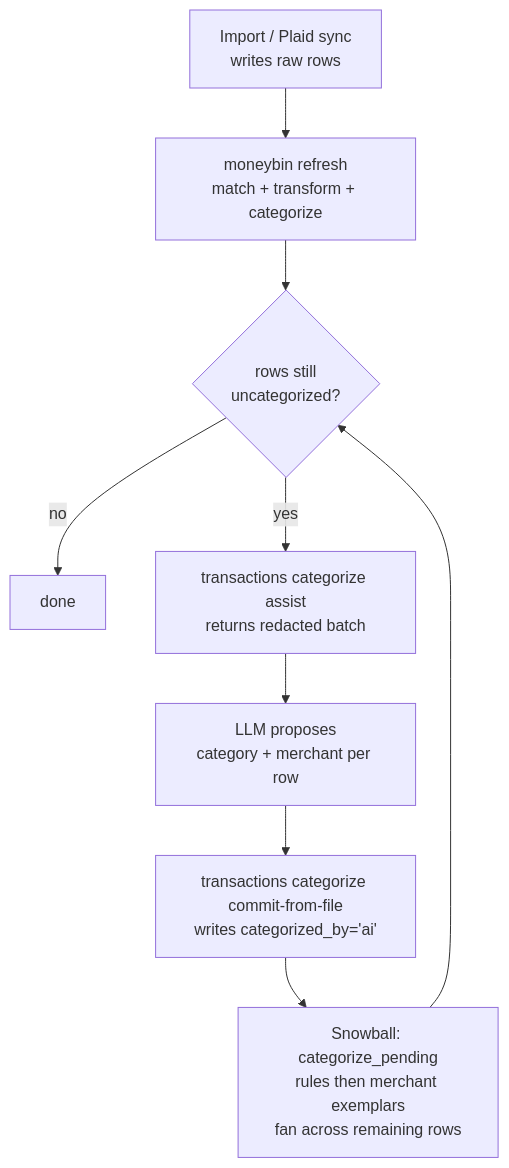
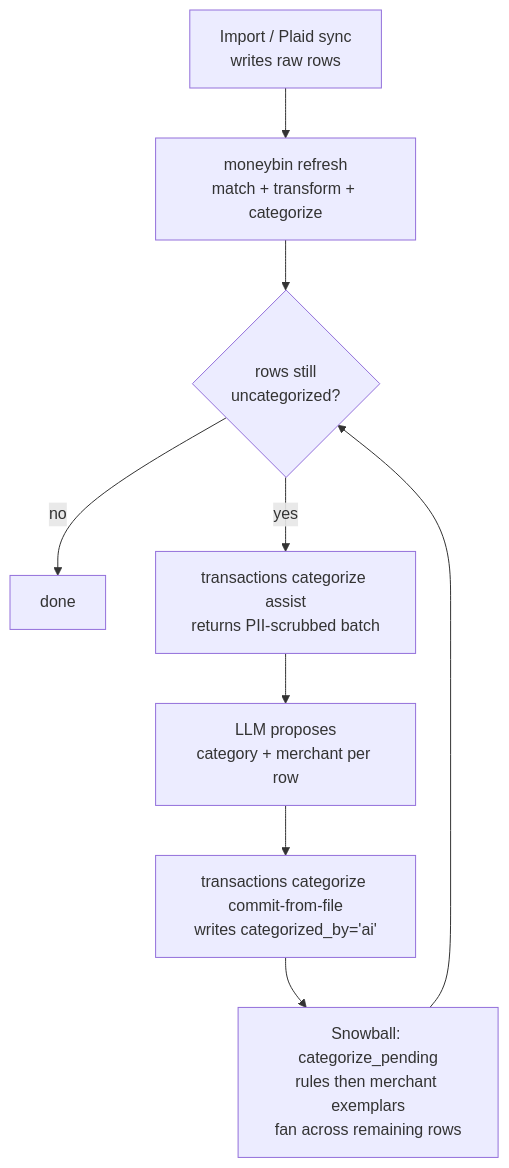
Before and after one commit to bsaffel/moneybin: the diagram in docs/guides/categorization.md, drawn with Mermaid. The commit also changed other lines of this file and 36 other files, not shown here.

````diff
--- a/docs/guides/categorization.md
+++ b/docs/guides/categorization.md
@@ -42,11 +42,11 @@
 ```mermaid
 flowchart TD
     A[Import / Plaid sync<br/>writes raw rows] --> B[moneybin refresh<br/>match + transform + categorize]
     B --> C{rows still<br/>uncategorized?}
     C -->|no| END[done]
-    C -->|yes| D[transactions categorize assist<br/>returns redacted batch]
+    C -->|yes| D[transactions categorize assist<br/>returns PII-scrubbed batch]
     D --> E[LLM proposes<br/>category + merchant per row]
     E --> F[transactions categorize commit-from-file<br/>writes categorized_by='ai']
     F --> G[Snowball: categorize_pending<br/>rules then merchant exemplars<br/>fan across remaining rows]
     G --> C
 ```
````
